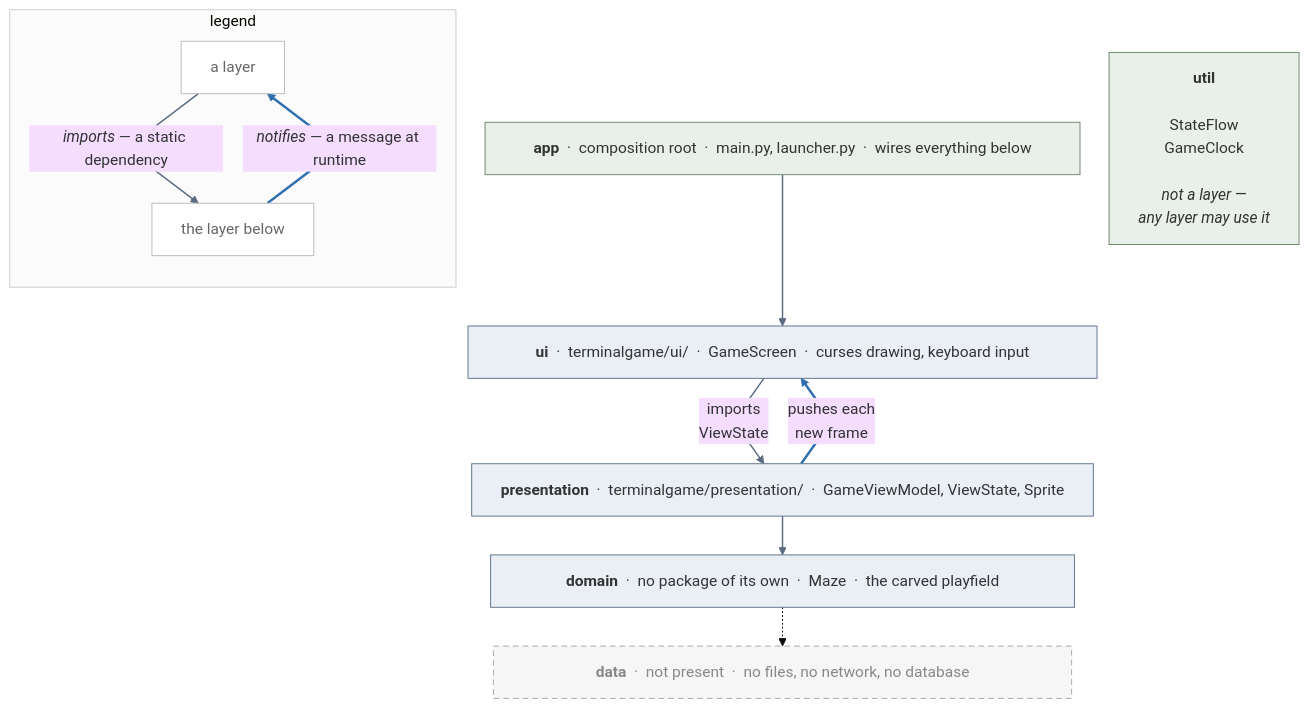
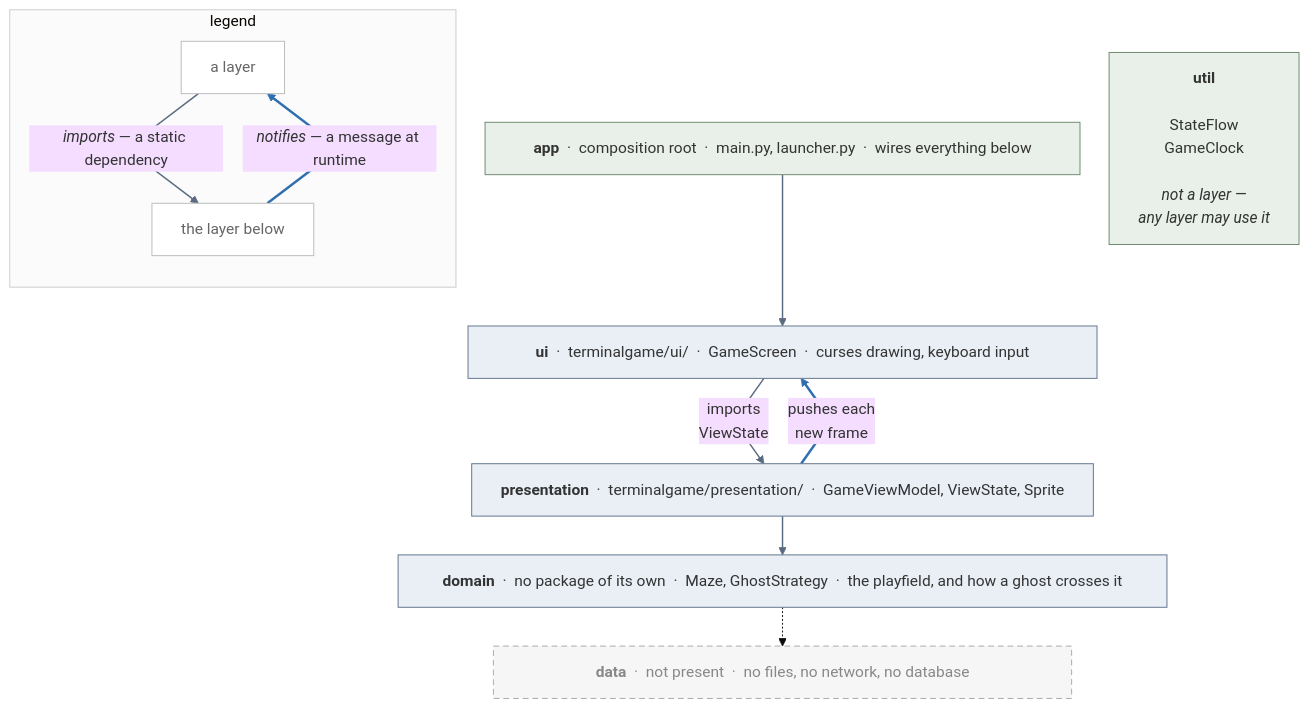
One commit to replicant1/TerminalGame changed the diagram in docs/ARCHITECTURE.md. Above: the diagram before and after it, drawn with Mermaid (base theme). The commit also changed other lines of this file and 16 other files, not shown here.

````diff
--- a/docs/ARCHITECTURE.md
+++ b/docs/ARCHITECTURE.md
@@ -13,34 +13,34 @@
 ```mermaid
 %%{init: {"flowchart": {"wrappingWidth": 900, "rankSpacing": 40, "nodeSpacing": 30, "curve": "linear"}}}%%
 flowchart TB
     App["&nbsp;&nbsp;&nbsp;&nbsp;&nbsp;<b>app</b> &nbsp;·&nbsp; composition root &nbsp;·&nbsp; main.py, launcher.py &nbsp;·&nbsp; wires everything below&nbsp;&nbsp;&nbsp;&nbsp;&nbsp;"]
     UI["&nbsp;&nbsp;&nbsp;&nbsp;&nbsp;&nbsp;&nbsp;&nbsp;&nbsp;&nbsp;<b>ui</b> &nbsp;·&nbsp; terminalgame/ui/ &nbsp;·&nbsp; GameScreen &nbsp;·&nbsp; curses drawing, keyboard input&nbsp;&nbsp;&nbsp;&nbsp;&nbsp;&nbsp;&nbsp;&nbsp;&nbsp;&nbsp;"]
     Pres["<b>presentation</b> &nbsp;·&nbsp; terminalgame/presentation/ &nbsp;·&nbsp; GameViewModel, ViewState, Sprite"]
-    Dom["&nbsp;&nbsp;&nbsp;&nbsp;&nbsp;&nbsp;&nbsp;&nbsp;&nbsp;&nbsp;&nbsp;&nbsp;<b>domain</b> &nbsp;·&nbsp; no package of its own &nbsp;·&nbsp; Maze &nbsp;·&nbsp; the carved playfield&nbsp;&nbsp;&nbsp;&nbsp;&nbsp;&nbsp;&nbsp;&nbsp;&nbsp;&nbsp;&nbsp;&nbsp;"]
+    Dom["&nbsp;&nbsp;&nbsp;&nbsp;<b>domain</b> &nbsp;·&nbsp; no package of its own &nbsp;·&nbsp; Maze, GhostStrategy &nbsp;·&nbsp; the playfield, and how a ghost crosses it&nbsp;&nbsp;&nbsp;&nbsp;"]
     Data["&nbsp;&nbsp;&nbsp;&nbsp;&nbsp;&nbsp;&nbsp;&nbsp;&nbsp;&nbsp;&nbsp;&nbsp;&nbsp;&nbsp;&nbsp;&nbsp;&nbsp;&nbsp;&nbsp;<b>data</b> &nbsp;·&nbsp; not present &nbsp;·&nbsp; no files, no network, no database&nbsp;&nbsp;&nbsp;&nbsp;&nbsp;&nbsp;&nbsp;&nbsp;&nbsp;&nbsp;&nbsp;&nbsp;&nbsp;&nbsp;&nbsp;&nbsp;&nbsp;&nbsp;&nbsp;"]
     Util["<b>util</b><br/><br/>StateFlow<br/>GameClock<br/><br/><i>not a layer —<br/>any layer may use it</i>"]
     App --> UI
     UI -->|"imports<br/>ViewState"| Pres
     Pres ==>|"pushes each<br/>new frame"| UI
     Pres --> Dom
     Dom -.-> Data
     subgraph Legend["legend"]
         direction TB
         Hi["a layer"]
         Lo["the layer below"]
         Hi -->|"<i>imports</i> — a static dependency"| Lo
         Lo ==>|"<i>notifies</i> — a message at runtime"| Hi
     end
 
     classDef layer fill:#eaeff6,stroke:#61748c,stroke-width:1px
     classDef absent fill:#f6f6f6,stroke:#aaa,stroke-dasharray: 6 4,color:#888
     classDef side fill:#e9f0e9,stroke:#6d8a6d
     classDef key fill:#fff,stroke:#bbb,color:#666
     class UI,Pres,Dom layer
     class Data absent
     class App,Util side
     class Hi,Lo key
     style Legend fill:#fbfbfb,stroke:#ccc
     linkStyle 0,1,3,5 stroke:#5a6b80,stroke-width:1.5px
     linkStyle 2,6 stroke:#2f6fb0,stroke-width:2.5px
 ```
````
